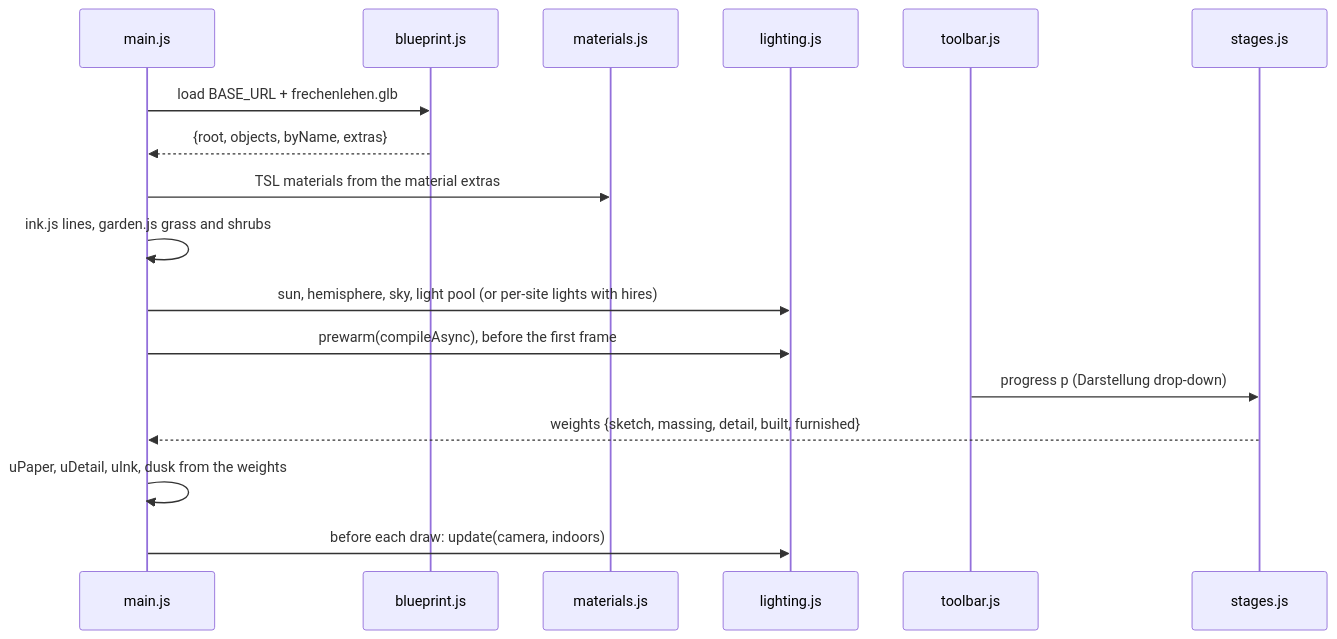
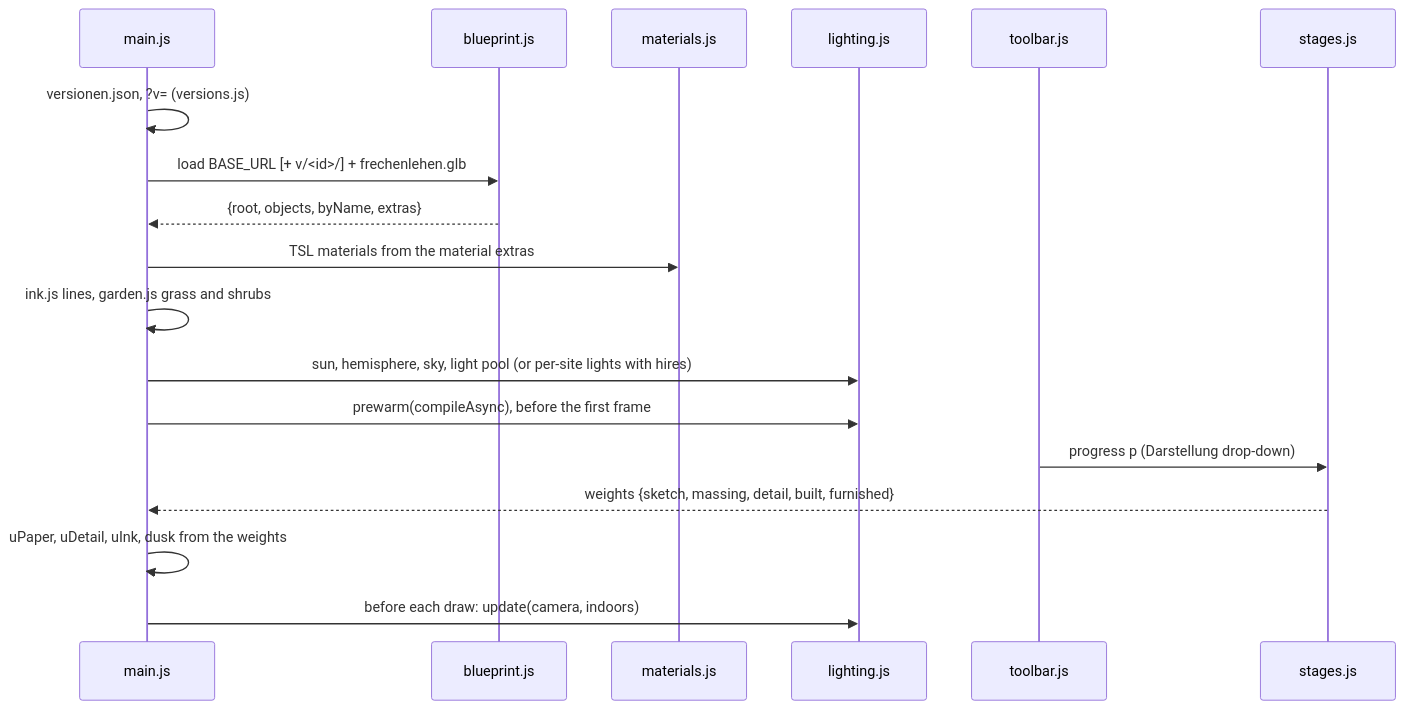
One commit to tillg/frechen_blender changed the third of 4 diagrams in specs/system/architecture.md. Above: the diagram before and after it, drawn with Mermaid. The commit also changed other lines of this file and 4 other files, not shown here.

````diff
--- a/specs/system/architecture.md
+++ b/specs/system/architecture.md
@@ -432,19 +448,20 @@
 ```mermaid
 sequenceDiagram
     participant M as main.js
     participant L as blueprint.js
     participant Ma as materials.js
     participant Li as lighting.js
     participant U as toolbar.js
     participant S as stages.js
-    M->>L: load BASE_URL + frechenlehen.glb
+    M->>M: versionen.json, ?v= (versions.js)
+    M->>L: load BASE_URL [+ v/<id>/] + frechenlehen.glb
     L-->>M: {root, objects, byName, extras}
     M->>Ma: TSL materials from the material extras
     M->>M: ink.js lines, garden.js grass and shrubs
     M->>Li: sun, hemisphere, sky, light pool (or per-site lights with hires)
     M->>Li: prewarm(compileAsync), before the first frame
     U->>S: progress p (Darstellung drop-down)
     S-->>M: weights {sketch, massing, detail, built, furnished}
     M->>M: uPaper, uDetail, uInk, dusk from the weights
     M->>Li: before each draw: update(camera, indoors)
 ```
````
